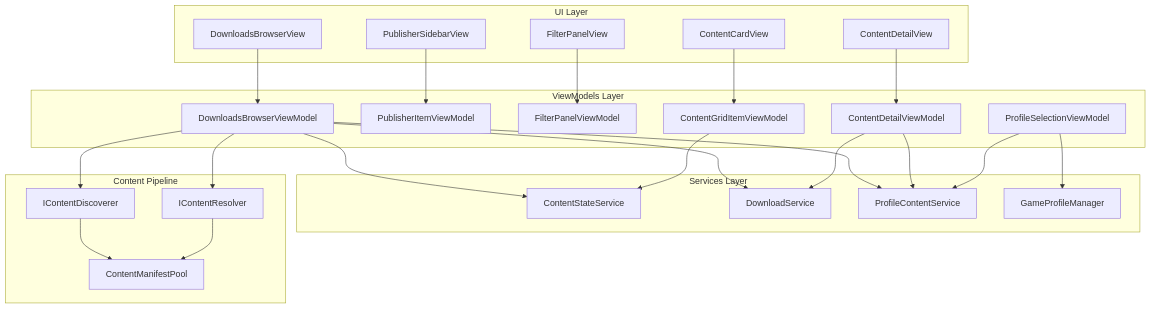
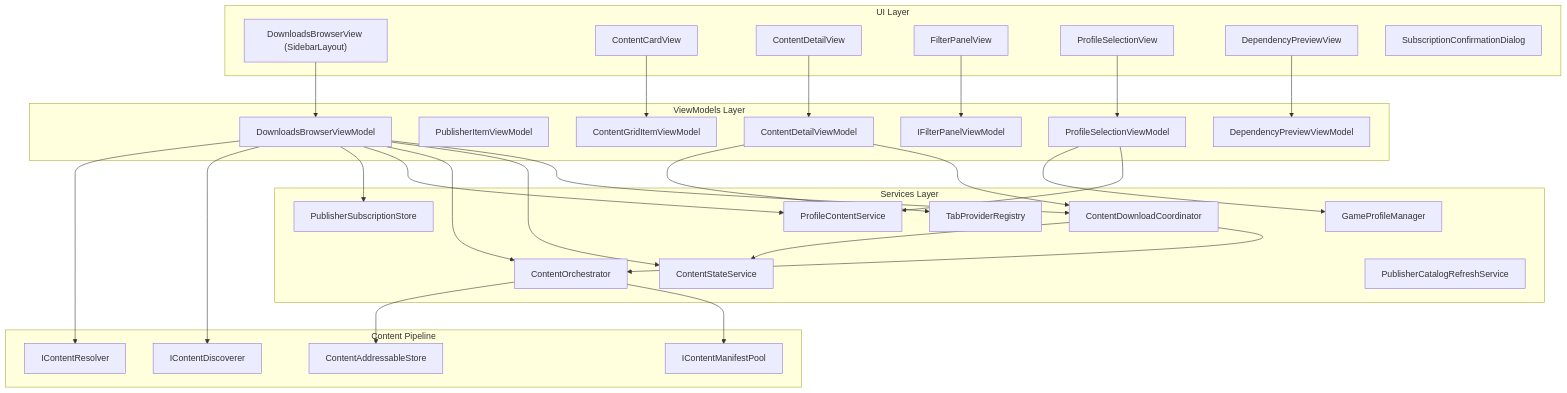
The first of 5 diagrams in docs/features/downloads.md (undead2146/GenHub), drawn with Mermaid before and after one commit. The commit also changed other lines of this file and 20 other files, not shown here.

````diff
--- a/docs/features/downloads.md
+++ b/docs/features/downloads.md
@@ -30,53 +38,64 @@
 ```mermaid
 graph TB
     subgraph UI["UI Layer"]
-        DBV[DownloadsBrowserView]
-        PSV[PublisherSidebarView]
-        FPV[FilterPanelView]
-        CGV[ContentCardView]
-        CDV[ContentDetailView]
+        DBV["DownloadsBrowserView (SidebarLayout)"]
+        CCV["ContentCardView"]
+        CDV["ContentDetailView"]
+        FPV["FilterPanelView"]
+        PSV["ProfileSelectionView"]
+        DPV["DependencyPreviewView"]
+        SCD["SubscriptionConfirmationDialog"]
     end
 
     subgraph ViewModels["ViewModels Layer"]
-        DBVM[DownloadsBrowserViewModel]
-        PVM[PublisherItemViewModel]
-        FVM[FilterPanelViewModel]
-        CGVM[ContentGridItemViewModel]
-        CDVM[ContentDetailViewModel]
-        PSVM[ProfileSelectionViewModel]
+        DBVM["DownloadsBrowserViewModel"]
+        PVM["PublisherItemViewModel"]
+        FVM["IFilterPanelViewModel"]
+        CGVM["ContentGridItemViewModel"]
+        CDVM["ContentDetailViewModel"]
+        PSVM["ProfileSelectionViewModel"]
+        DPVM["DependencyPreviewViewModel"]
     end
 
     subgraph Services["Services Layer"]
-        CSS[ContentStateService]
-        DS[DownloadService]
-        PCS[ProfileContentService]
-        GPM[GameProfileManager]
+        CDC["ContentDownloadCoordinator"]
+        CSS["ContentStateService"]
+        CO["ContentOrchestrator"]
+        PCS["ProfileContentService"]
+        GPM["GameProfileManager"]
+        PSS["PublisherSubscriptionStore"]
+        PCRS["PublisherCatalogRefreshService"]
+        TPR["TabProviderRegistry"]
     end
 
     subgraph Pipeline["Content Pipeline"]
-        CD[IContentDiscoverer]
-        CR[IContentResolver]
-        CMP[ContentManifestPool]
+        CD["IContentDiscoverer"]
+        CR["IContentResolver"]
+        CMP["IContentManifestPool"]
+        CAS["ContentAddressableStore"]
     end
 
     DBV --> DBVM
-    PSV --> PVM
+    CCV --> CGVM
+    CDV --> CDVM
     FPV --> FVM
-    CGV --> CGVM
-    CDV --> CDVM
+    PSV --> PSVM
+    DPV --> DPVM
 
+    DBVM --> CDC
     DBVM --> CSS
-    DBVM --> DS
+    DBVM --> CO
     DBVM --> PCS
+    DBVM --> PSS
     DBVM --> CD
     DBVM --> CR
 
-    CGVM --> CSS
-    CDVM --> DS
-    CDVM --> PCS
+    CDC --> CO
+    CDC --> CSS
+    CO --> CMP
+    CO --> CAS
+    CDVM --> CDC
+    CDVM --> TPR
     PSVM --> PCS
     PSVM --> GPM
-
-    CD --> CMP
-    CR --> CMP
 ```
````
